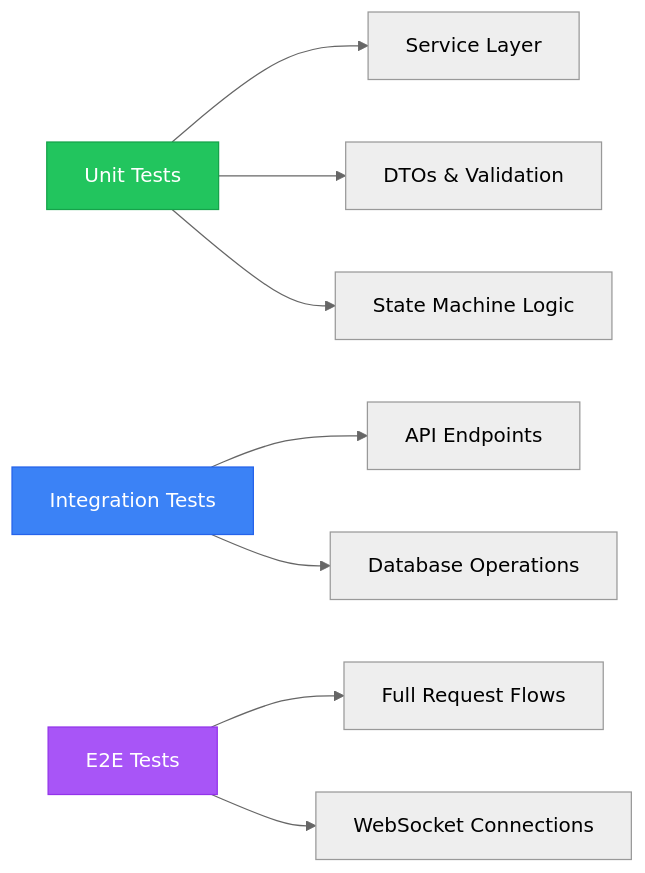
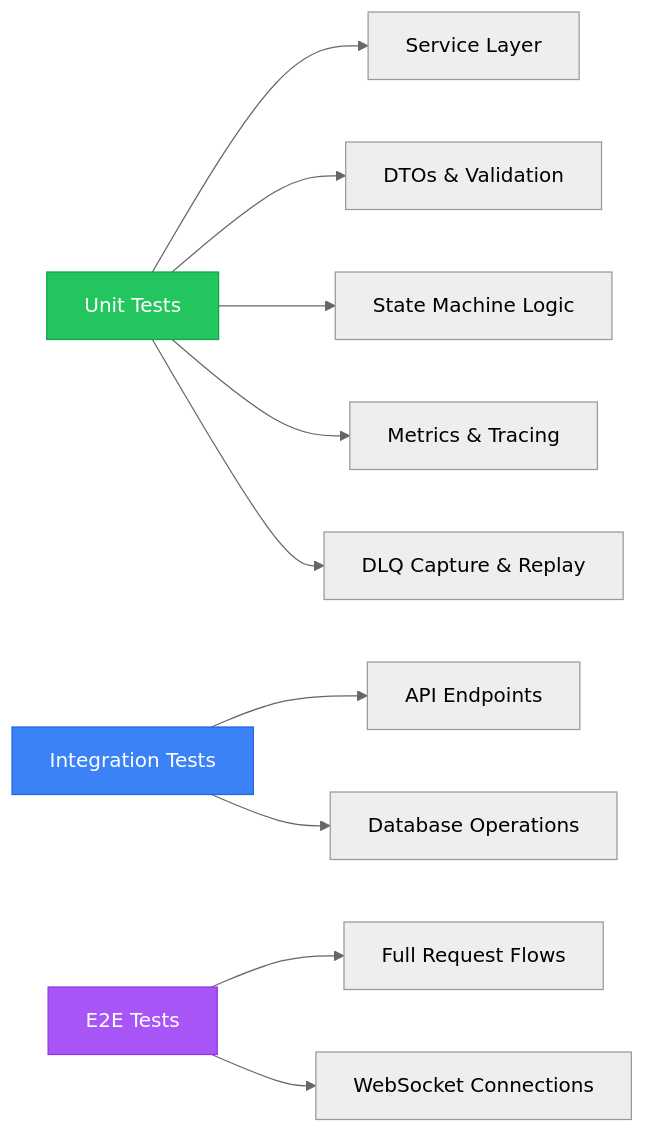
The ninth of 11 diagrams in README.md (mo74x/Fleetpulse), drawn with Mermaid (neutral theme) before and after one commit. The commit also changed other lines of this file and 2 other files, not shown here.

````diff
--- a/README.md
+++ b/README.md
@@ -1077,16 +861,18 @@
 ```mermaid
 graph LR
     A[Unit Tests] --> B[Service Layer]
     A --> C[DTOs & Validation]
     A --> D[State Machine Logic]
+    A --> E[Metrics & Tracing]
+    A --> F[DLQ Capture & Replay]
     
-    E[Integration Tests] --> F[API Endpoints]
-    E --> G[Database Operations]
+    G[Integration Tests] --> H[API Endpoints]
+    G --> I[Database Operations]
     
-    H[E2E Tests] --> I[Full Request Flows]
-    H --> J[WebSocket Connections]
+    J[E2E Tests] --> K[Full Request Flows]
+    J --> L[WebSocket Connections]
     
     style A fill:#22c55e,stroke:#16a34a,color:#fff
-    style E fill:#3b82f6,stroke:#2563eb,color:#fff
-    style H fill:#a855f7,stroke:#9333ea,color:#fff
+    style G fill:#3b82f6,stroke:#2563eb,color:#fff
+    style J fill:#a855f7,stroke:#9333ea,color:#fff
 ```
````
